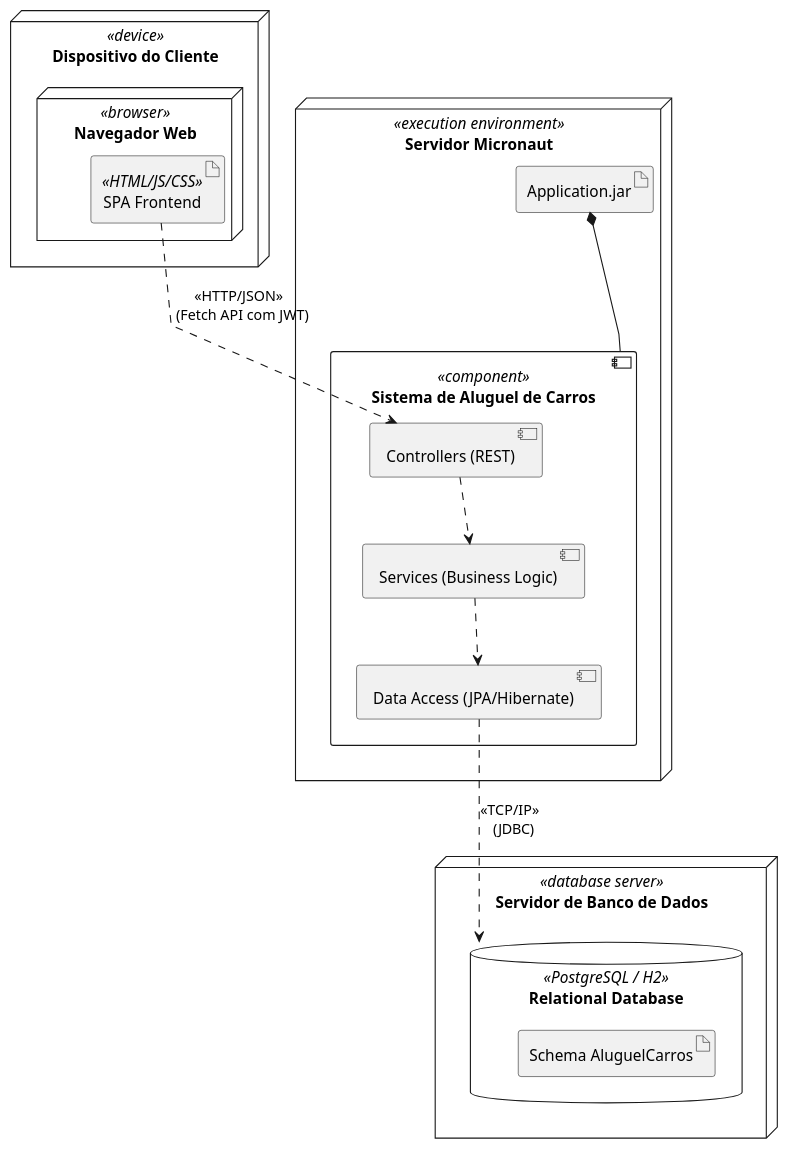
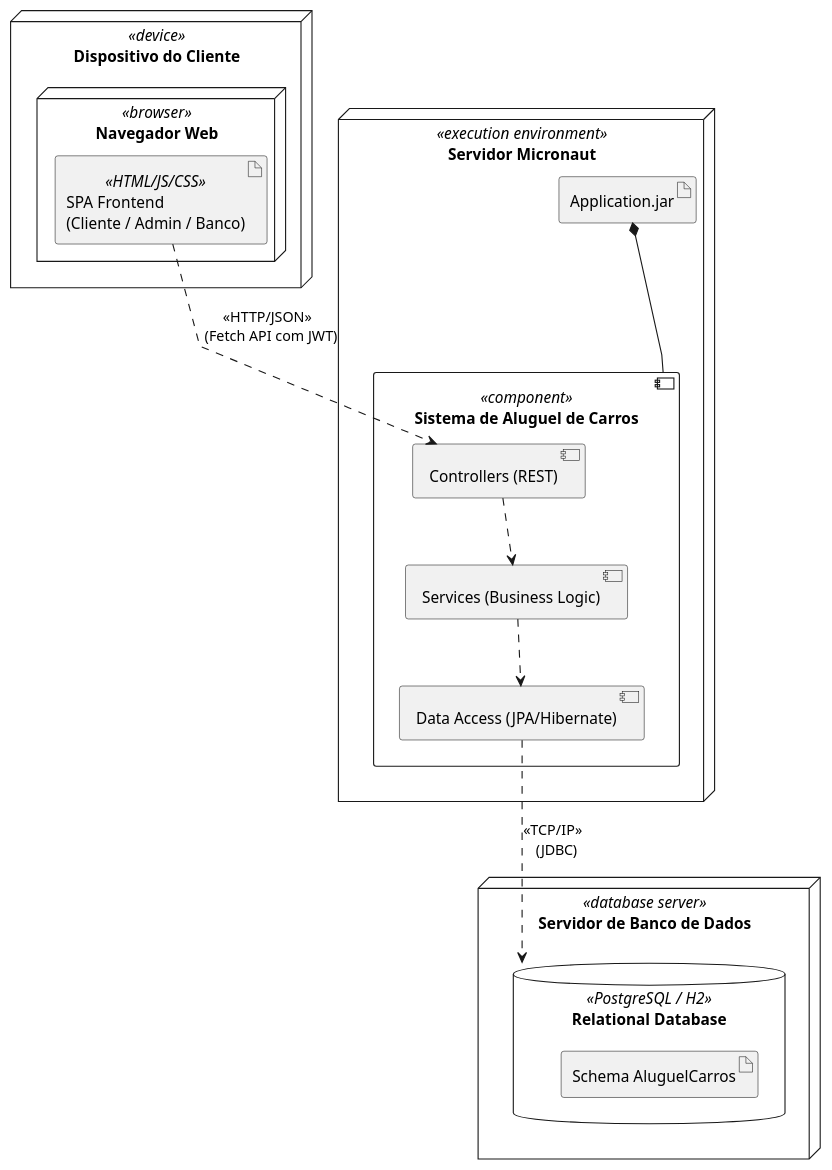
The diagram in docs/uml/diagrama-implantacao.puml (arthurcbretas/Sistema_de_Aluguel_de_Carros), drawn with PlantUML before and after one commit. The commit also changed 32 other files, not shown here.

```diff
--- a/docs/uml/diagrama-implantacao.puml
+++ b/docs/uml/diagrama-implantacao.puml
@@ -1,35 +1,35 @@
 @startuml diagrama-implantacao
 skinparam linetype polyline
 skinparam componentStyle uml2
 
 node "Dispositivo do Cliente" <<device>> as clientNode {
   node "Navegador Web" <<browser>> as browser {
-    artifact "SPA Frontend" <<HTML/JS/CSS>> as SPA
+    artifact "SPA Frontend\n(Cliente / Admin / Banco)" <<HTML/JS/CSS>> as SPA
   }
 }
 
 node "Servidor Micronaut" <<execution environment>> as serverNode {
   artifact "Application.jar" as jar
   
   component "Sistema de Aluguel de Carros" <<component>> as app {
     component "Controllers (REST)" as controllers
     component "Services (Business Logic)" as services
     component "Data Access (JPA/Hibernate)" as dataAccess
     
     controllers ..> services
     services ..> dataAccess
   }
   
   jar *-- app
 }
 
 node "Servidor de Banco de Dados" <<database server>> as dbNode {
   database "Relational Database" <<PostgreSQL / H2>> as db {
     artifact "Schema AluguelCarros" as schema
   }
 }
 
 SPA ..> controllers : <<HTTP/JSON>> \n (Fetch API com JWT)
 dataAccess ..> db : <<TCP/IP>> \n (JDBC)
 
 @enduml
```
